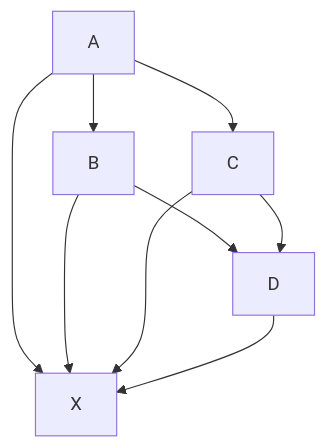
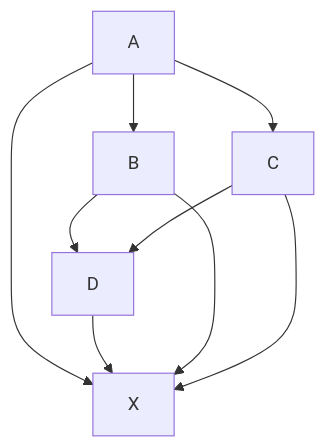
One commit to code2-0/.MD_file_syntax changed the first of 2 diagrams in README.md. Above: the diagram before and after it, drawn with Mermaid. The commit also changed other lines of this file, not shown here.

````diff
--- a/README.md
+++ b/README.md
@@ -365,11 +365,11 @@
 ```mermaid
   graph TD;
       A-->B;
       A-->C;
+      A-->X;
       B-->D;
+      D-->X;
+      B-->X;
       C-->D;
-      A-->X;
-      B-->X;
       C-->X;
-      D-->X;
 ```
````
